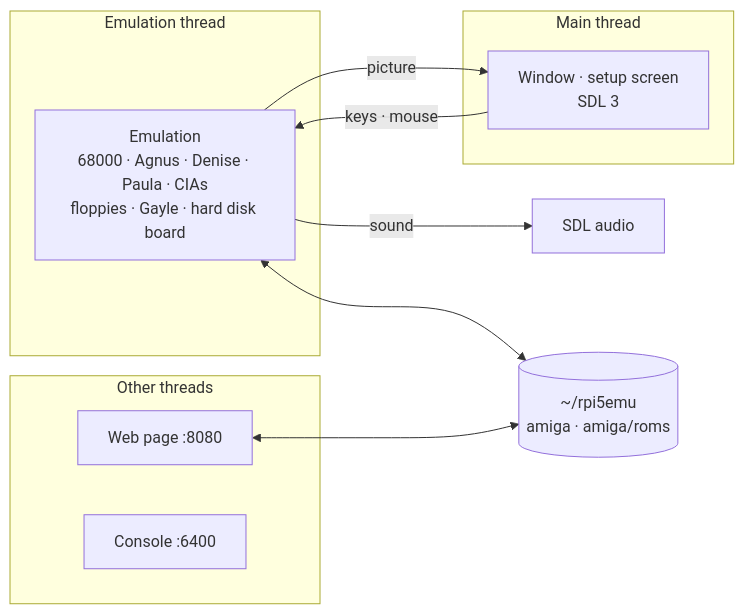
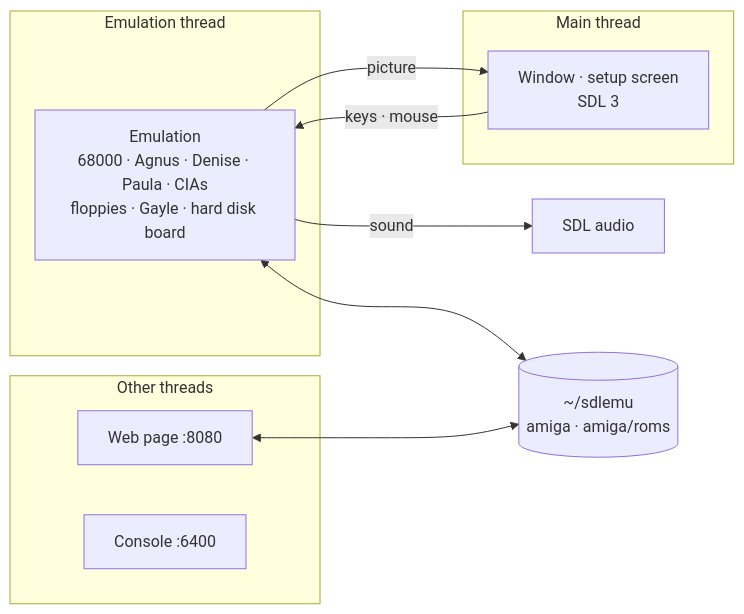
One commit to rlucencic/rpi5ami changed the diagram in README.md. Above: the diagram before and after it, drawn with Mermaid. The commit also changed other lines of this file and 3 other files, not shown here.

````diff
--- a/README.md
+++ b/README.md
@@ -185,19 +182,19 @@
 ```mermaid
 flowchart LR
   subgraph emu [Emulation thread]
     EMU["Emulation<br>68000 · Agnus · Denise · Paula · CIAs<br>floppies · Gayle · hard disk board"]
   end
   subgraph main [Main thread]
     WIN["Window · setup screen<br>SDL 3"]
   end
   subgraph others [Other threads]
     WEB[Web page :8080]
     CON[Console :6400]
   end
   EMU -- picture --> WIN
   EMU -- sound --> SND[SDL audio]
   WIN -- keys · mouse --> EMU
-  DATA[("~/rpi5emu<br>amiga · amiga/roms")]
+  DATA[("~/sdlemu<br>amiga · amiga/roms")]
   EMU <--> DATA
   WEB <--> DATA
 ```
````
